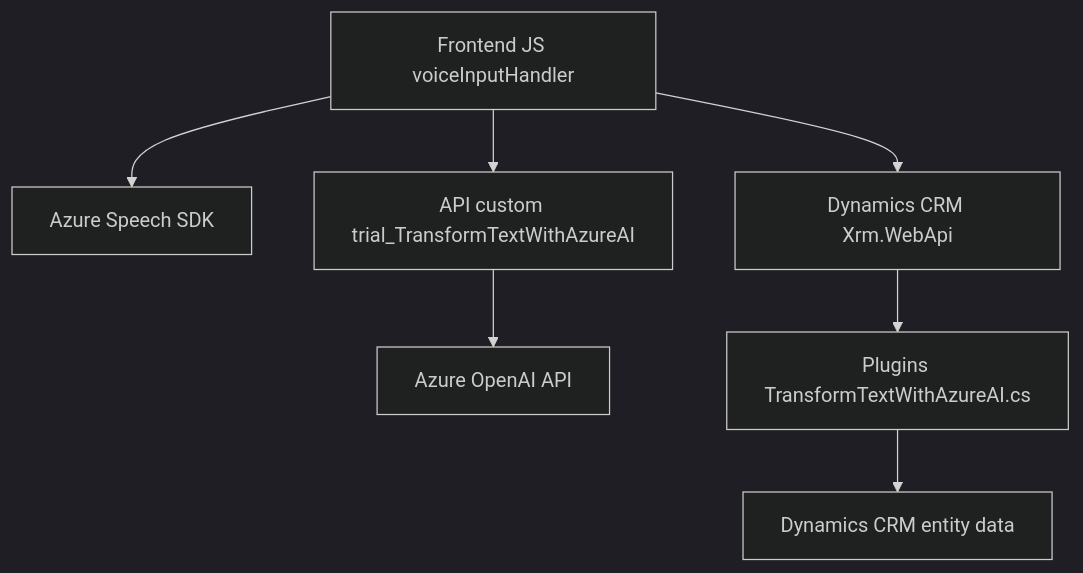
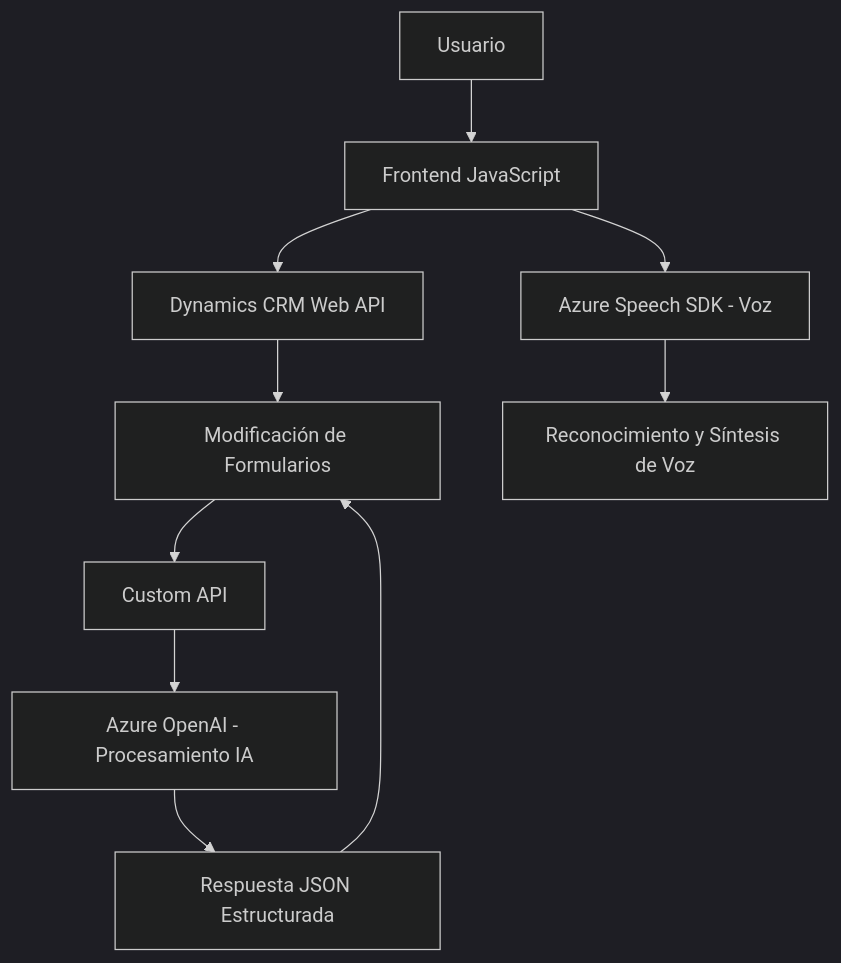
The diagram in README.md (blopezdm/NETCORE_BILBAO2025), drawn with Mermaid (dark theme) before and after one commit. The commit also changed other lines of this file, not shown here.

````diff
--- a/README.md
+++ b/README.md
@@ -39,9 +44,12 @@
 ```mermaid
 graph TD
-    A["Frontend JS voiceInputHandler"] --> B["Azure Speech SDK"]
-    A --> C["API custom trial_TransformTextWithAzureAI"]
-    C --> D["Azure OpenAI API"]
-    A --> E["Dynamics CRM Xrm.WebApi"]
-    E --> F["Plugins TransformTextWithAzureAI.cs"]
-    F --> G["Dynamics CRM entity data"]
+  A["Usuario"] --> B["Frontend JavaScript"]
+  B --> C["Azure Speech SDK - Voz"]
+  B --> D["Dynamics CRM Web API"]
+  D --> M["Modificación de Formularios"]
+  M --> E["Custom API"]
+  E --> F["Azure OpenAI - Procesamiento IA"]
+  F --> G["Respuesta JSON Estructurada"]
+  G --> M
+  C --> H["Reconocimiento y Síntesis de Voz"]
 ```
````
